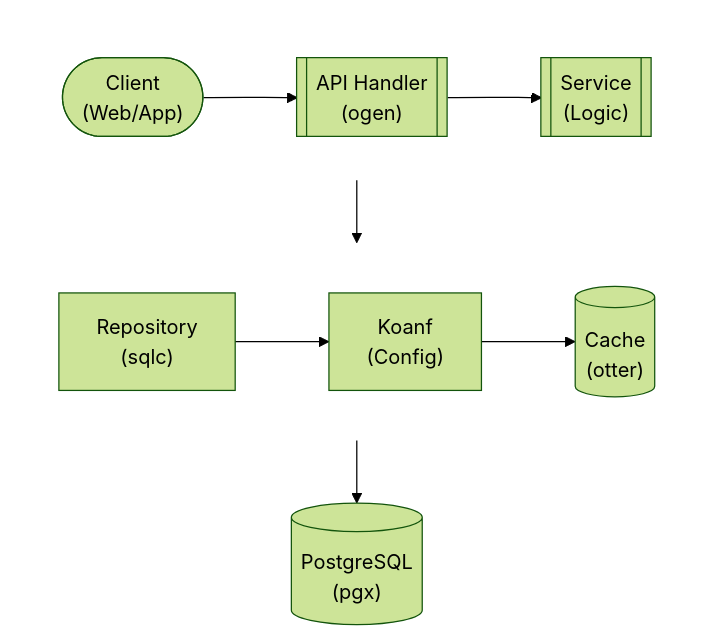
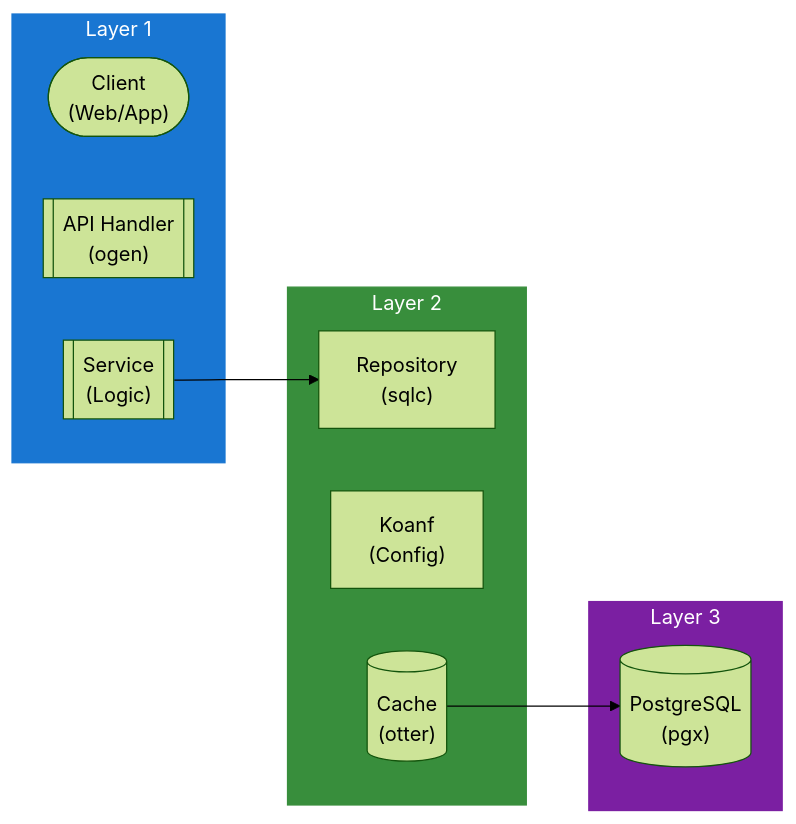
The diagram in docs/dev/design/services/SETTINGS.md (lusoris/revenge), drawn with Mermaid (forest theme) before and after one commit. The commit also changed 215 other files, not shown here.

First line of the commit message:
feat(diagrams): convert all ASCII diagrams to Mermaid with LR subgraphs

````diff
--- a/docs/dev/design/services/SETTINGS.md
+++ b/docs/dev/design/services/SETTINGS.md
@@ -58,26 +58,27 @@
 ```mermaid
-flowchart TD
-    subgraph row1[ ]
-        direction LR
+flowchart LR
+    subgraph Layer1["Layer 1"]
         node1(["Client<br/>(Web/App)"])
         node2[["API Handler<br/>(ogen)"]]
         node3[["Service<br/>(Logic)"]]
     end
-    subgraph row2[ ]
-        direction LR
+
+    subgraph Layer2["Layer 2"]
         node4["Repository<br/>(sqlc)"]
         node5["Koanf<br/>(Config)"]
         node6[("Cache<br/>(otter)")]
     end
-    node7[("PostgreSQL<br/>(pgx)")]
-    node1 --> node2
-    node2 --> node3
-    node4 --> node5
-    node5 --> node6
+
+    subgraph Layer3["Layer 3"]
+        node7[("PostgreSQL<br/>(pgx)")]
+    end
+
+    %% Connections
     node3 --> node4
     node6 --> node7
 
-    %% Hide row subgraph borders
-    style row1 fill:transparent,stroke:transparent
-    style row2 fill:transparent,stroke:transparent
+    %% Styling
+    style Layer1 fill:#1976D2,stroke:#1976D2,color:#fff
+    style Layer2 fill:#388E3C,stroke:#388E3C,color:#fff
+    style Layer3 fill:#7B1FA2,stroke:#7B1FA2,color:#fff
 ```
````
